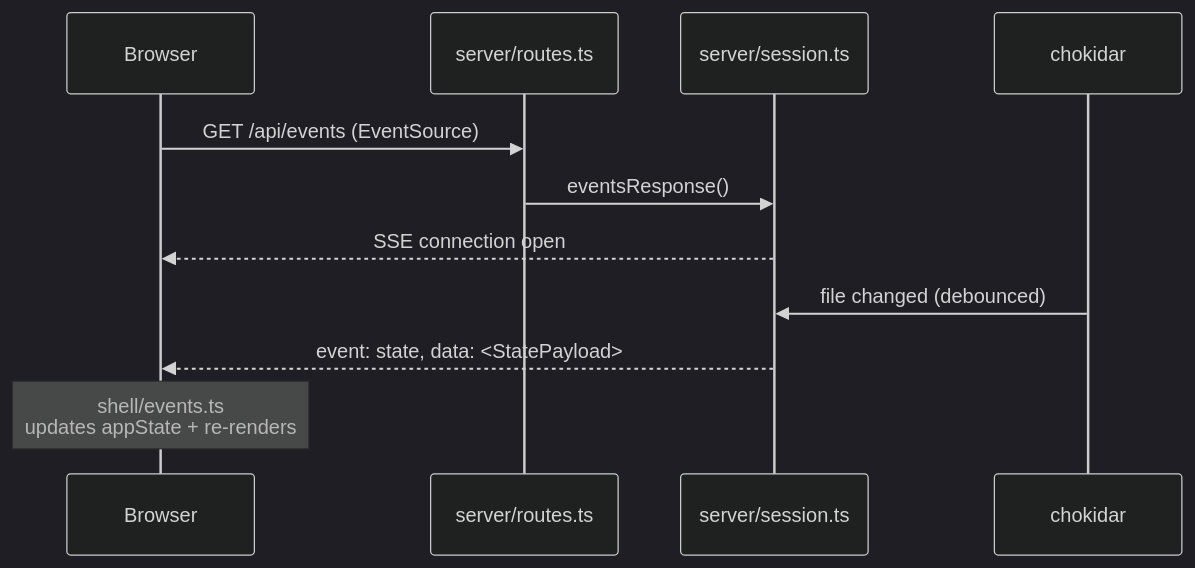
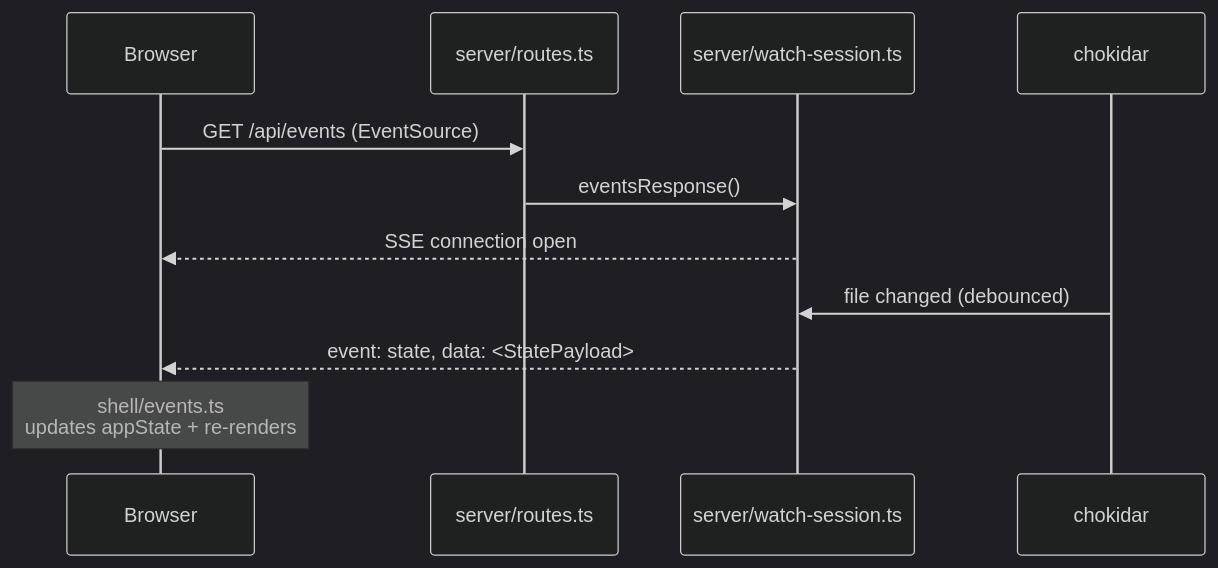
Before and after one commit to tjakobsson/uatu: the third of 5 diagrams in ARCHITECTURE.md, drawn with Mermaid (dark theme). The commit also changed other lines of this file and 78 other files, not shown here.

````diff
--- a/ARCHITECTURE.md
+++ b/ARCHITECTURE.md
@@ -122,13 +127,13 @@
 ```mermaid
 sequenceDiagram
   participant Browser
   participant Routes as server/routes.ts
-  participant Session as server/session.ts
+  participant Session as server/watch-session.ts
   participant Watcher as chokidar
   Browser->>Routes: GET /api/events (EventSource)
   Routes->>Session: eventsResponse()
   Session-->>Browser: SSE connection open
   Watcher->>Session: file changed (debounced)
   Session-->>Browser: event: state, data: <StatePayload>
   Note over Browser: shell/events.ts<br/>updates appState + re-renders
 ```
````
